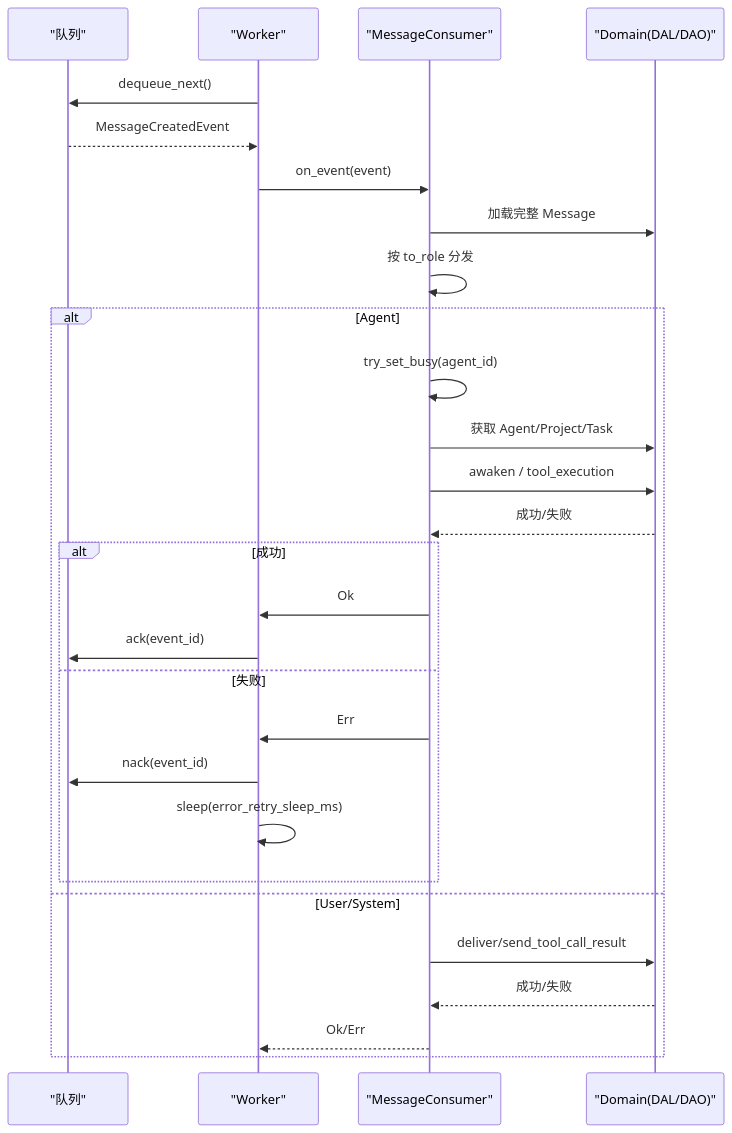
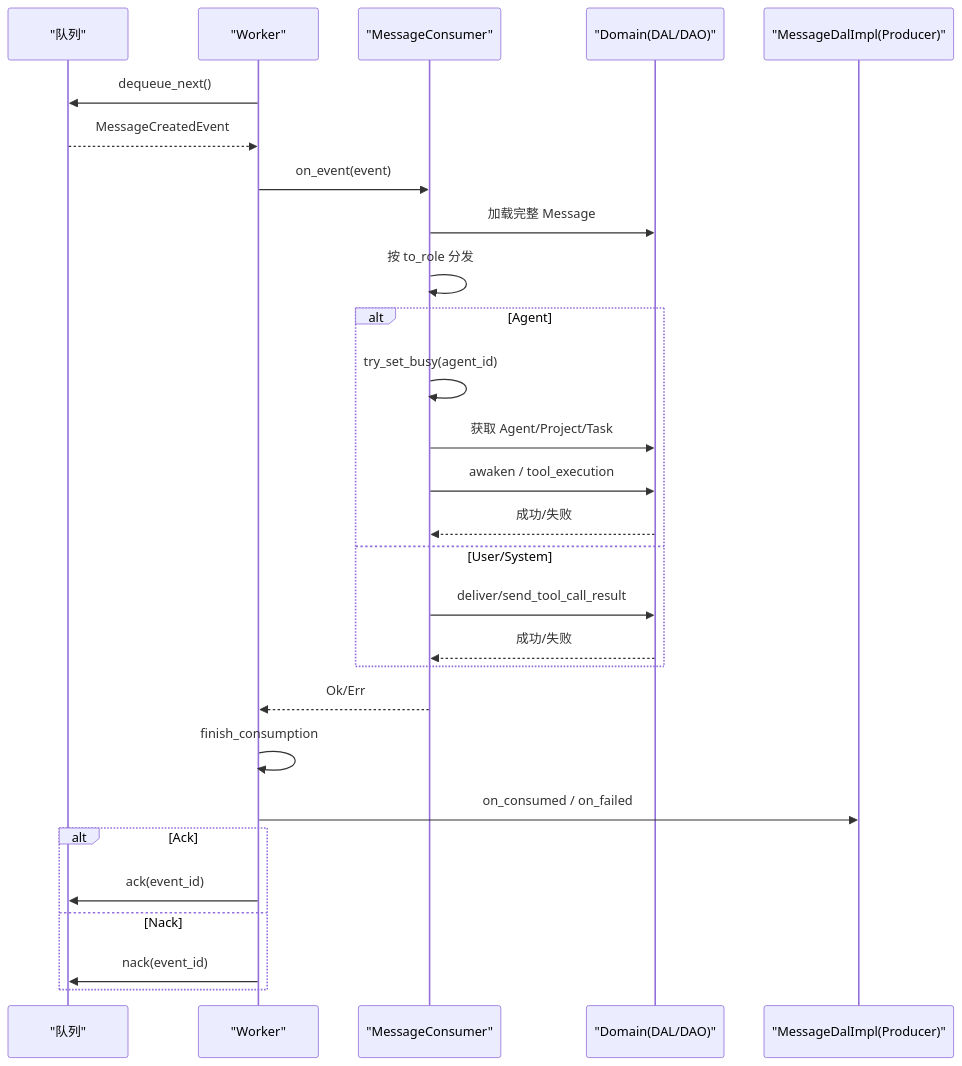
Before and after one commit to runningcoders/ai_orz: the fourth of 5 diagrams in docs/wiki/zh/content/核心模块/AOP 事件系统/消费者框架/消费者接口规范.md, drawn with Mermaid. The commit also changed other lines of this file and 37 other files, not shown here.

````diff
--- a/docs/wiki/zh/content/核心模块/AOP 事件系统/消费者框架/消费者接口规范.md
+++ b/docs/wiki/zh/content/核心模块/AOP 事件系统/消费者框架/消费者接口规范.md
@@ -218,30 +238,30 @@
 ```mermaid
 sequenceDiagram
 participant Q as "队列"
 participant W as "Worker"
 participant C as "MessageConsumer"
 participant D as "Domain(DAL/DAO)"
+participant Pr as "MessageDalImpl(Producer)"
 W->>Q : dequeue_next()
 Q-->>W : MessageCreatedEvent
 W->>C : on_event(event)
 C->>D : 加载完整 Message
 C->>C : 按 to_role 分发
 alt Agent
 C->>C : try_set_busy(agent_id)
 C->>D : 获取 Agent/Project/Task
 C->>D : awaken / tool_execution
 D-->>C : 成功/失败
-alt 成功
-C->>W : Ok
-W->>Q : ack(event_id)
-else 失败
-C->>W : Err
-W->>Q : nack(event_id)
-W->>W : sleep(error_retry_sleep_ms)
-end
 else User/System
 C->>D : deliver/send_tool_call_result
 D-->>C : 成功/失败
+end
 C-->>W : Ok/Err
+W->>W : finish_consumption
+W->>Pr : on_consumed / on_failed
+alt Ack
+W->>Q : ack(event_id)
+else Nack
+W->>Q : nack(event_id)
 end
 ```
````
